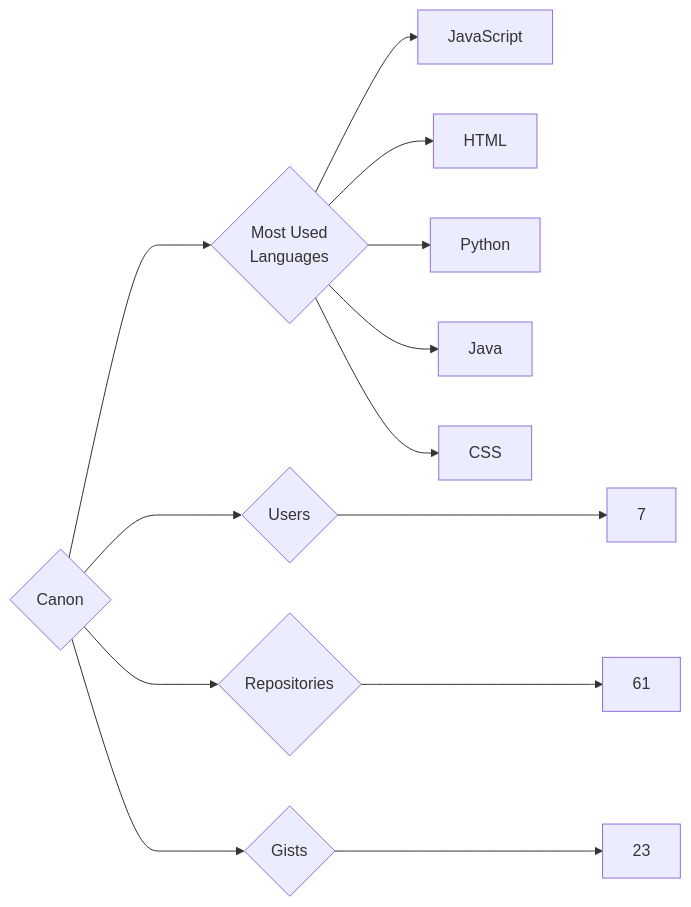
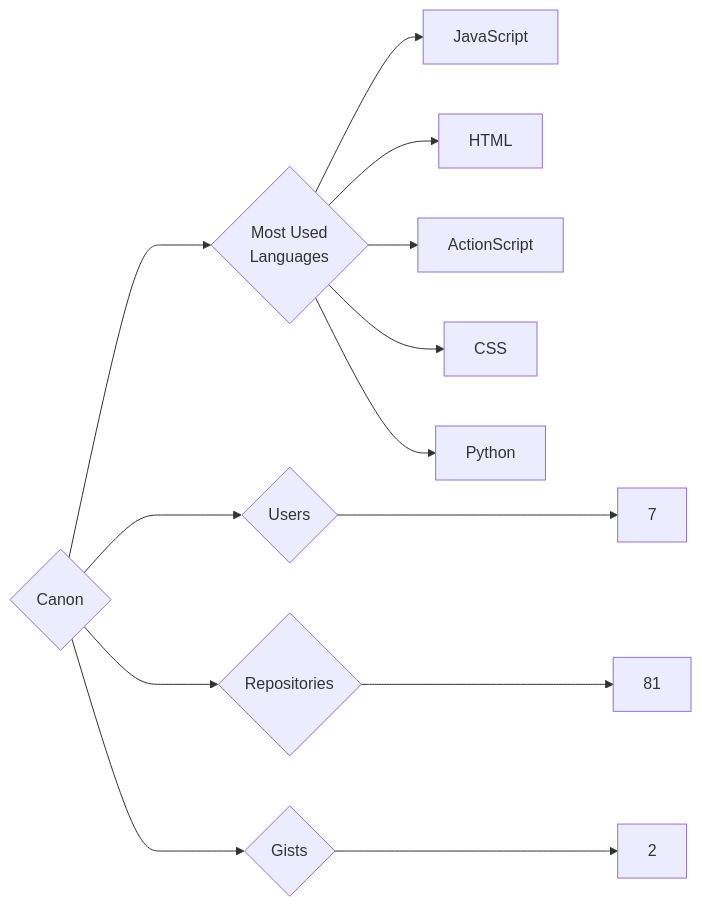
One commit to trickest/insiders changed the diagram in targets/Canon/README.md. Above: the diagram before and after it, drawn with Mermaid. The commit also changed 815 other files, not shown here.

````diff
--- a/targets/Canon/README.md
+++ b/targets/Canon/README.md
@@ -3,13 +3,13 @@
 ```mermaid
 graph LR
 COMPANY_NAME{Canon}
 COMPANY_NAME ---> U{Users} ---> UN[7]
-COMPANY_NAME ---> R{Repositories} ---> RN[61]
-COMPANY_NAME ---> G{Gists} ---> GN[23]
+COMPANY_NAME ---> R{Repositories} ---> RN[81]
+COMPANY_NAME ---> G{Gists} ---> GN[2]
 COMPANY_NAME ---> ML{Most Used<br>Languages}
 ML --> JavaScript[JavaScript]
 ML --> HTML[HTML]
+ML --> ActionScript[ActionScript]
+ML --> CSS[CSS]
 ML --> Python[Python]
-ML --> Java[Java]
-ML --> CSS[CSS]
 ```
````
